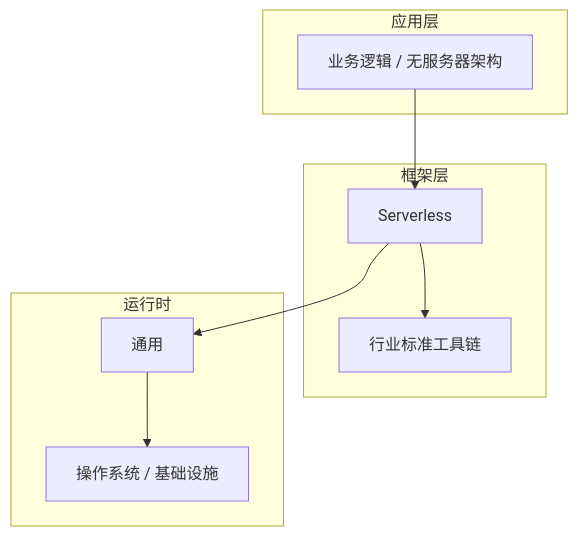
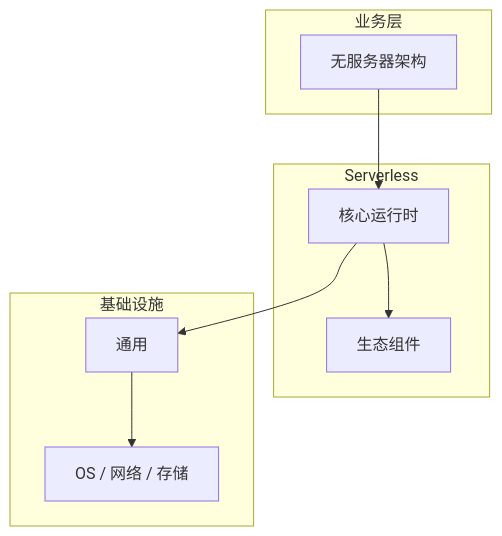
Before and after one commit to yanggan2015/knowledge-json-v2: the diagram in articles/Serverless/chapters/036-无服务器架构核心概念与原理.md, drawn with Mermaid. The commit also changed other lines of this file and 10127 other files, not shown here.

````diff
--- a/articles/Serverless/chapters/036-无服务器架构核心概念与原理.md
+++ b/articles/Serverless/chapters/036-无服务器架构核心概念与原理.md
@@ -45,18 +34,18 @@
 ```mermaid
 graph TB
-    subgraph 应用层
-        A[业务逻辑 / 无服务器架构]
+    subgraph 业务层
+        A[无服务器架构]
     end
-    subgraph 框架层
-        B[Serverless]
-        C[行业标准工具链]
+    subgraph Serverless
+        B[核心运行时]
+        C[生态组件]
     end
-    subgraph 运行时
+    subgraph 基础设施
         D[通用]
-        E[操作系统 / 基础设施]
+        E[OS / 网络 / 存储]
     end
     A --> B
     B --> C
     B --> D
     D --> E
 ```
````
